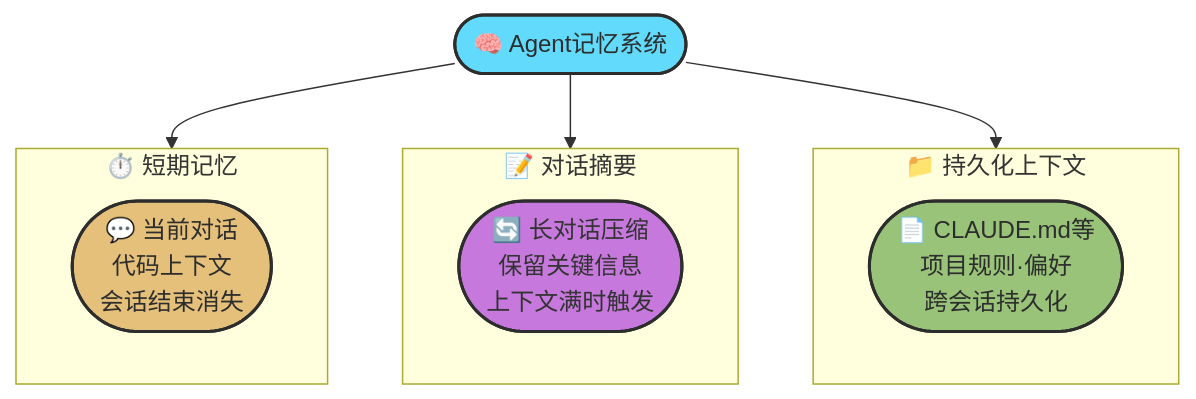
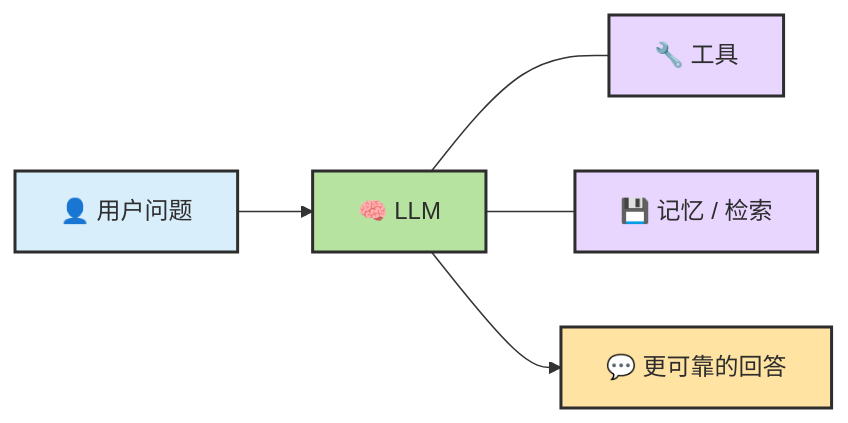
Before and after one commit to zht043/AgenticCodingTutorial: the fifth of 11 diagrams in docs/chapters/ch02-concepts.md, drawn with Mermaid. The commit also changed other lines of this file and 69 other files, not shown here.

Commit message:
optimize docs and add mermaid validation

````diff
--- a/docs/chapters/ch02-concepts.md
+++ b/docs/chapters/ch02-concepts.md
@@ -147,25 +163,12 @@
 ```mermaid
-flowchart TB
-    classDef agent fill:#61dafb,stroke:#2d2d2d,stroke-width:2px,color:#2d2d2d
-    classDef stm fill:#e5c07b,stroke:#2d2d2d,stroke-width:2px,color:#2d2d2d
-    classDef mtm fill:#c678dd,stroke:#2d2d2d,stroke-width:2px
-    classDef ltm fill:#98c379,stroke:#2d2d2d,stroke-width:2px,color:#2d2d2d
+flowchart LR
+    classDef user fill:#d8eefb,stroke:#2d2d2d,stroke-width:2px,color:#2d2d2d
+    classDef model fill:#b7e3a1,stroke:#2d2d2d,stroke-width:2px,color:#2d2d2d
+    classDef ext fill:#e8d6ff,stroke:#2d2d2d,stroke-width:2px,color:#2d2d2d
+    classDef out fill:#ffe3a3,stroke:#2d2d2d,stroke-width:2px,color:#2d2d2d
 
-    Agent(["🧠 Agent记忆系统"]):::agent
-
-    subgraph STM["⏱️ 短期记忆"]
-        CW(["💬 当前对话<br/>代码上下文<br/>会话结束消失"]):::stm
-    end
-
-    subgraph MTM["📝 对话摘要"]
-        SUM(["🔄 长对话压缩<br/>保留关键信息<br/>上下文满时触发"]):::mtm
-    end
-
-    subgraph LTM["📁 持久化上下文"]
-        LM(["📄 CLAUDE.md等<br/>项目规则·偏好<br/>跨会话持久化"]):::ltm
-    end
-
-    Agent --> STM
-    Agent --> MTM
-    Agent --> LTM
+    U["👤 用户问题"]:::user --> M["🧠 LLM"]:::model
+    M --- T["🔧 工具"]:::ext
+    M --- R["💾 记忆 / 检索"]:::ext
+    M --> O["💬 更可靠的回答"]:::out
 ```
````
